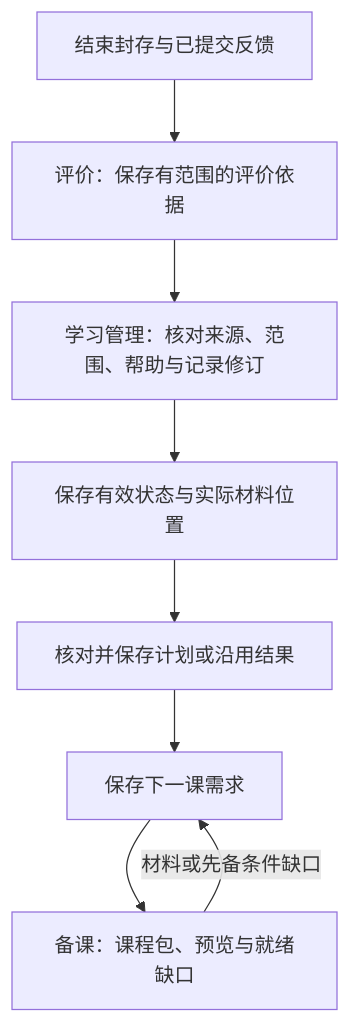
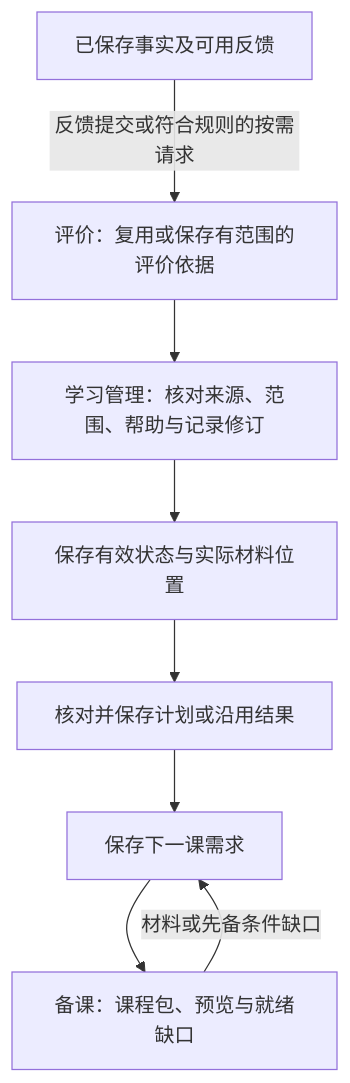
One commit to AltairEven/ProjectJ changed the diagram in design/learning/updates.md. Above: the diagram before and after it, drawn with Mermaid. The commit also changed other lines of this file and 54 other files, not shown here.

````diff
--- a/design/learning/updates.md
+++ b/design/learning/updates.md
@@ -9,10 +11,10 @@
 ```mermaid
 flowchart TD
-A[结束封存与已提交反馈] --> B[评价：保存有范围的评价依据]
+    A[已保存事实及可用反馈] -->|反馈提交或符合规则的按需请求| B[评价：复用或保存有范围的评价依据]
     B --> C[学习管理：核对来源、范围、帮助与记录修订]
     C --> D[保存有效状态与实际材料位置]
     D --> E[核对并保存计划或沿用结果]
     E --> F[保存下一课需求]
     F --> G[备课：课程包、预览与就绪缺口]
     G -->|材料或先备条件缺口| F
 ```
````
